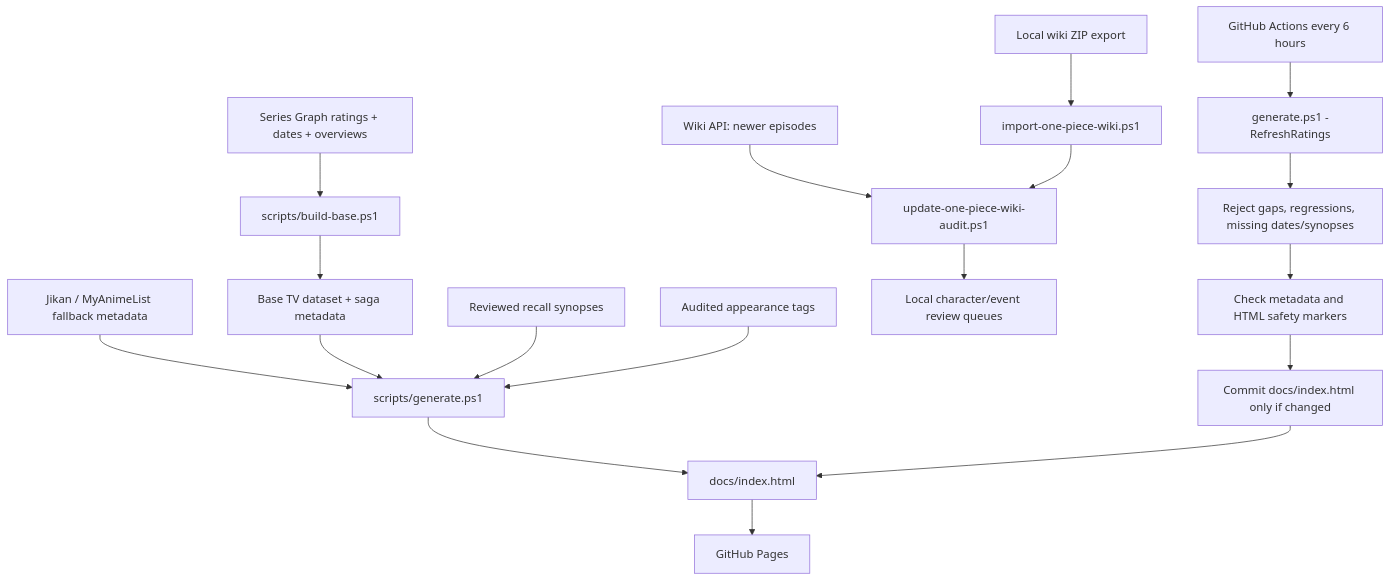
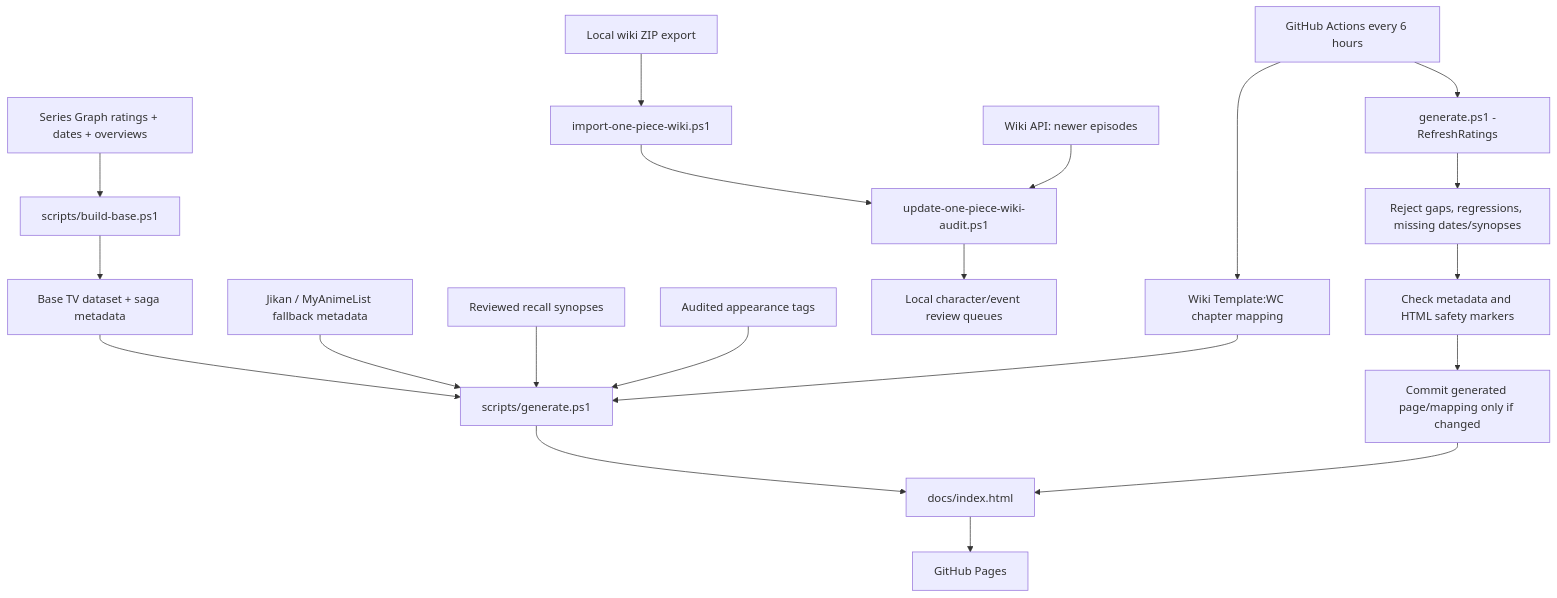
The diagram in README.md (victormends/one-piece-ratings-timeline), drawn with Mermaid before and after one commit. The commit also changed other lines of this file and 10 other files, not shown here.

````diff
--- a/README.md
+++ b/README.md
@@ -35,22 +37,24 @@
 ```mermaid
 flowchart TD
   A[Series Graph ratings + dates + overviews] --> B[scripts/build-base.ps1]
   B --> C[Base TV dataset + saga metadata]
   D[Jikan / MyAnimeList fallback metadata] --> E[scripts/generate.ps1]
   C --> E
   F[Reviewed recall synopses] --> E
   G[Audited appearance tags] --> E
+  T[Wiki Template:WC chapter mapping] --> E
   E --> H[docs/index.html]
 
   O[Local wiki ZIP export] --> P[import-one-piece-wiki.ps1]
   Q[Wiki API: newer episodes] --> R[update-one-piece-wiki-audit.ps1]
   P --> R
   R --> S[Local character/event review queues]
 
-  J[GitHub Actions every 6 hours] --> K[generate.ps1 -RefreshRatings]
+  J[GitHub Actions every 6 hours] --> T
+  J --> K[generate.ps1 -RefreshRatings]
   K --> L[Reject gaps, regressions, missing dates/synopses]
   L --> M[Check metadata and HTML safety markers]
-  M --> N[Commit docs/index.html only if changed]
+  M --> N[Commit generated page/mapping only if changed]
   N --> H
   H --> I[GitHub Pages]
 ```
````
